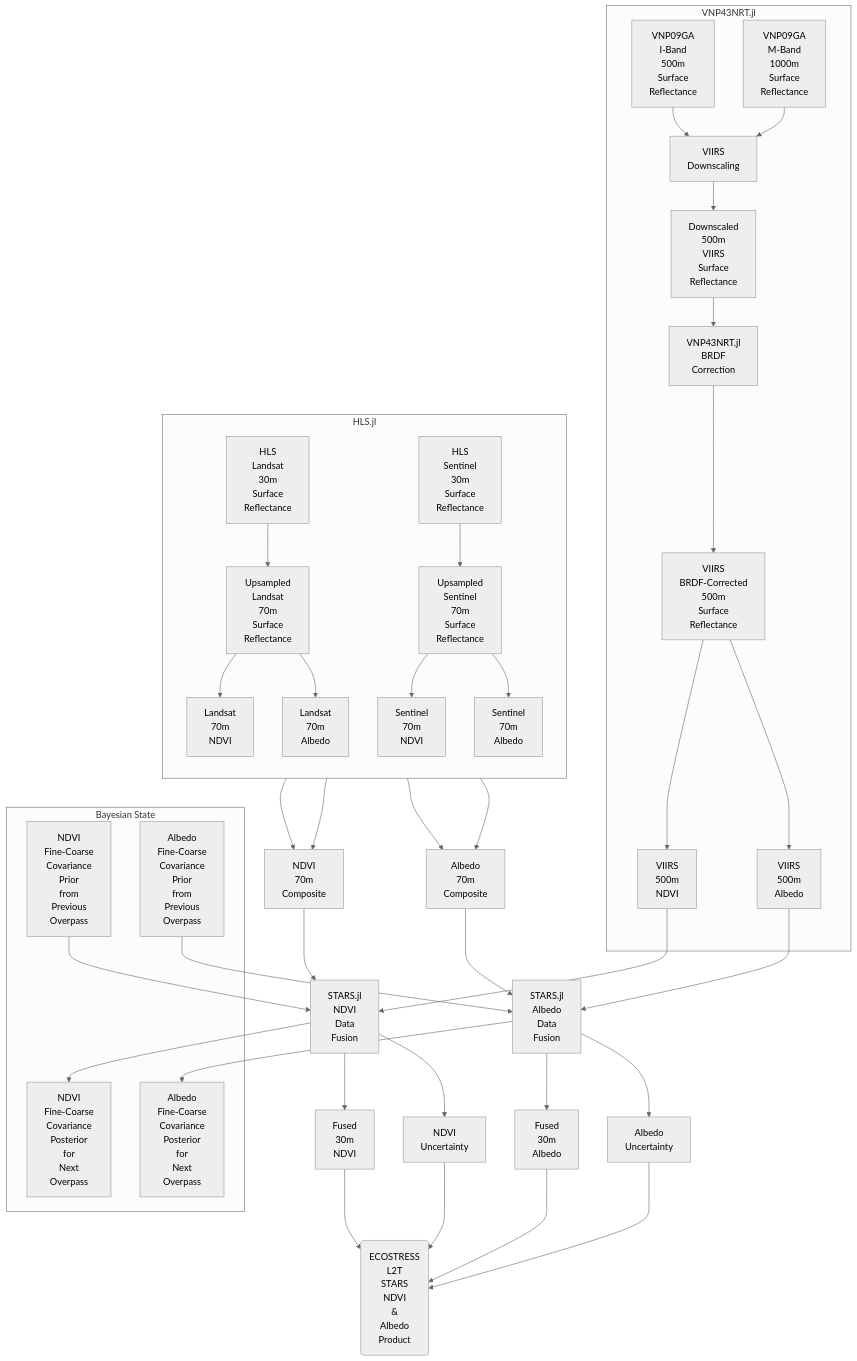
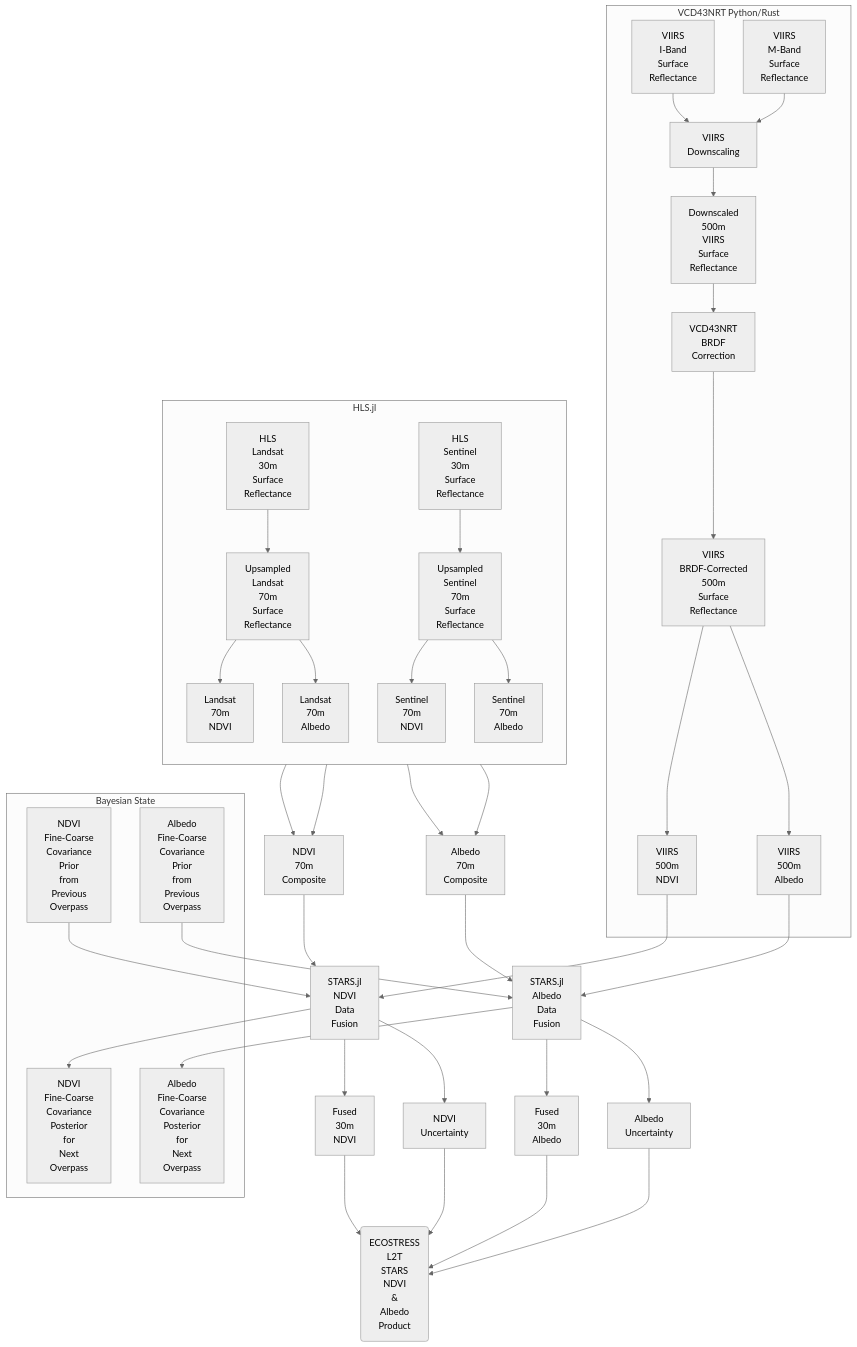
Before and after one commit to ECOSTRESS-Collection-3/ECOv003-L2T-STARS: the diagram in README.md, drawn with Mermaid (neutral theme). The commit also changed other lines of this file and 43 other files, not shown here.

Commit message:
first pass at VCD43NRT integration

````diff
--- a/README.md
+++ b/README.md
@@ -43,11 +43,11 @@
 ```mermaid
 flowchart TB
-    subgraph VNP43NRT[VNP43NRT.jl]
-        VNP09GA_I[VNP09GA<br>I-Band<br>500m<br>Surface<br>Reflectance]
-        VNP09GA_M[VNP09GA<br>M-Band<br>1000m<br>Surface<br>Reflectance]
+    subgraph VCD43NRT[VCD43NRT Python/Rust]
+        VIIRS_I[VIIRS<br>I-Band<br>Surface<br>Reflectance]
+        VIIRS_M[VIIRS<br>M-Band<br>Surface<br>Reflectance]
         VIIRS_downscaling[VIIRS<br>Downscaling]
-        VNP09GA_downscaled[Downscaled<br>500m<br>VIIRS<br>Surface<br>Reflectance]
-        VNP43_BRDF[VNP43NRT.jl<br>BRDF<br>Correction]
+        VIIRS_downscaled[Downscaled<br>500m<br>VIIRS<br>Surface<br>Reflectance]
+        VIIRS_BRDF[VCD43NRT<br>BRDF<br>Correction]
         VIIRS_corrected[VIIRS<br>BRDF-Corrected<br>500m<br>Surface<br>Reflectance]
         VIIRS_NDVI[VIIRS<br>500m<br>NDVI]
         VIIRS_albedo[VIIRS<br>500m<br>Albedo]
@@ -84,11 +84,11 @@
 
     SBG_L2T_STARS(ECOSTRESS<br>L2T<br>STARS<br>NDVI<br>&<br>Albedo<br>Product)
 
-    VNP09GA_I --> VIIRS_downscaling
-    VNP09GA_M --> VIIRS_downscaling
-    VIIRS_downscaling --> VNP09GA_downscaled
-    VNP09GA_downscaled --> VNP43_BRDF
-    VNP43_BRDF --> VIIRS_corrected
+    VIIRS_I --> VIIRS_downscaling
+    VIIRS_M --> VIIRS_downscaling
+    VIIRS_downscaling --> VIIRS_downscaled
+    VIIRS_downscaled --> VIIRS_BRDF
+    VIIRS_BRDF --> VIIRS_corrected
     VIIRS_corrected --> VIIRS_NDVI
     VIIRS_corrected --> VIIRS_albedo
 
@@ -124,7 +124,7 @@
     fine_albedo_output --> SBG_L2T_STARS
     fine_albedo_uncertainty --> SBG_L2T_STARS
 
-    click VNP43_BRDF "https://github.com/STARS-Data-Fusion/VNP43NRT.jl"
+    click VIIRS_BRDF "https://github.com/JPL-Evapotranspiration-Algorithms/VCD43NRT"
     click NDVI_data_fusion "https://github.com/STARS-Data-Fusion/STARS.jl"
     click albedo_data_fusion "https://github.com/STARS-Data-Fusion/STARS.jl"
 ```
````
